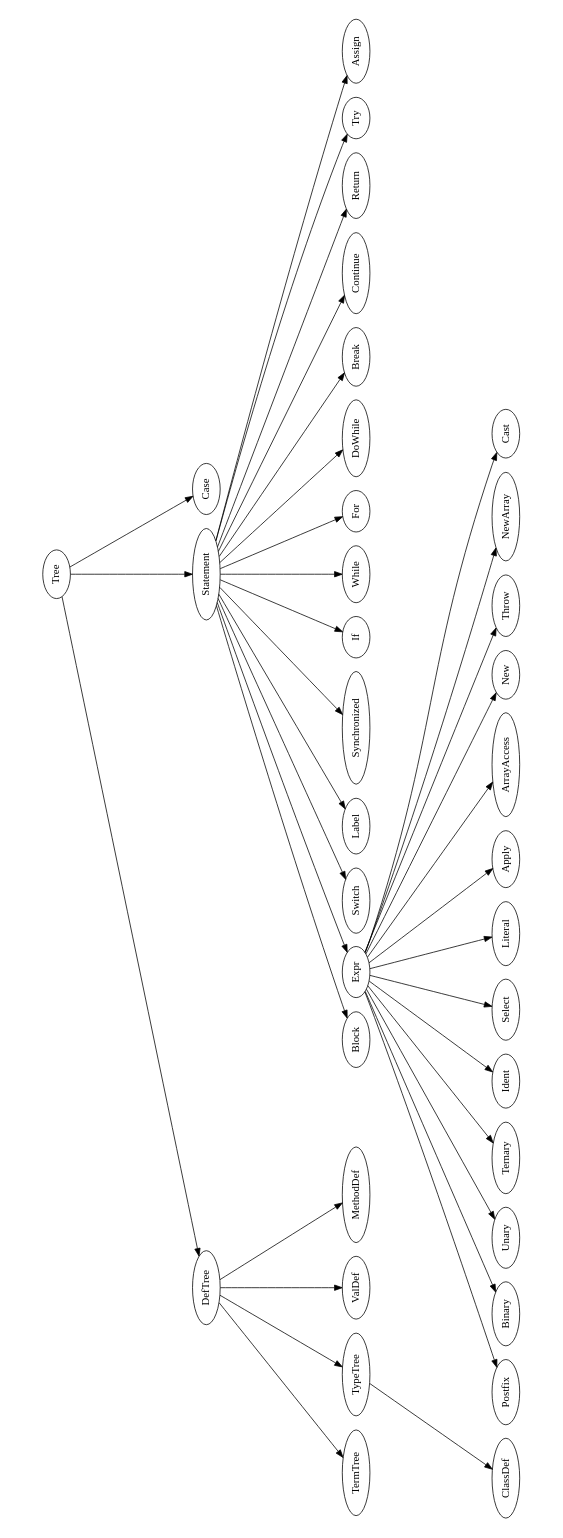
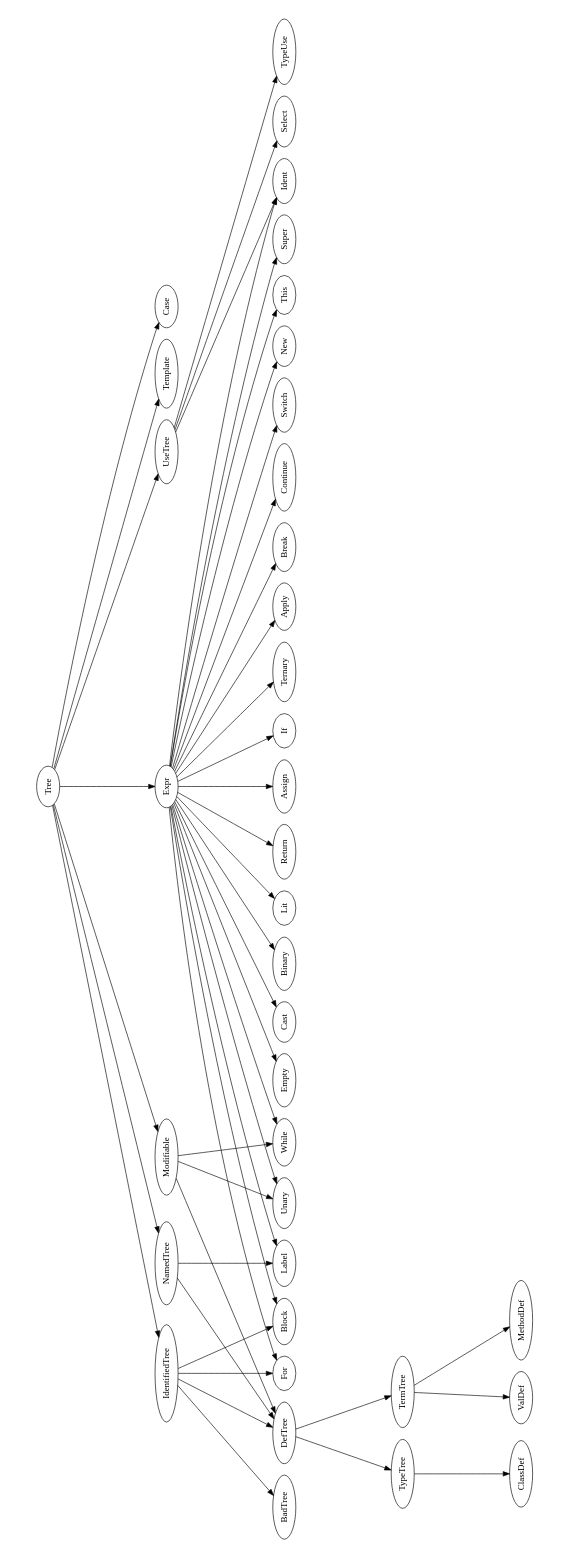
The diagram in javaast.dot (amanjpro/sana), drawn with Graphviz before and after one commit.

Commit message:
Make the AST graph up to date with the source code

```diff
--- a/javaast.dot
+++ b/javaast.dot
@@ -1,91 +1,79 @@
 strict digraph JavaAST {
   size="10.0,3.5";
   orientation="landscape";
   ratio=fill;
-  /*
-
-    -- DefTree
-    TermTree, TypeTree
-    -- TypeTree
-    class, interface
-
-    -- TermTree 
-    filed, variable, param, 
-    method, constructor 
-
-
-    -- Statement
-    switch, if, while, for, do-while, case, break
-    block
-    try-catch
-    assignment
-
-
-
-    -- Expr
-    postfix, ternary, unary, binary
-    literals
-    cast
-    new, ident
-    method call, select
-    new array, array access 
-
-
-    
-    -- Alone
-    return
-  */
-  Tree -> DefTree;
-  Tree -> Statement;
+  
+  Tree -> IdentifiedTree;
+  Tree -> NamedTree;
+  Tree -> Modifiable;
+  Tree -> Expr;
+  Tree -> UseTree;
+  Tree -> Template;
   Tree -> Case;
 
 
   subgraph {
+    Modifiable -> DefTree;
+    Modifiable -> While;
+    Modifiable -> Unary;
+  }
+
+  subgraph {
+    IdentifiedTree -> DefTree;
+    IdentifiedTree -> BadTree;
+    IdentifiedTree -> Block;
+    IdentifiedTree -> For;
+  }
+
+  subgraph {
+    NamedTree -> DefTree;
+    NamedTree -> Label;
+  }
+
+
+  subgraph {
+    DefTree -> TypeTree;
     DefTree -> TermTree;
-    DefTree -> TypeTree;
   }
 
   subgraph {
     TypeTree -> ClassDef;
   }
-  
+
   subgraph {
-    DefTree -> ValDef;
-    DefTree -> MethodDef;
+    TermTree -> MethodDef;
+    TermTree -> ValDef;
   }
 
+
   subgraph {
-    Statement -> Block;
-    Statement -> Expr;
-    Statement -> Switch;
-    Statement -> Label;
-    Statement -> Synchronized;
-    Statement -> If;
-    Statement -> While;
-    Statement -> For;
-    Statement -> DoWhile;
-    Statement -> Break;
-    Statement -> Continue;
-    Statement -> Return;
-    Statement -> Try;
-    Statement -> Assign;
+    Expr -> Empty;
+    Expr -> Ident;
+    Expr -> Cast;
+    Expr -> Binary;
+    Expr -> Unary;
+    Expr -> Lit;
+    Expr -> Return;
+    Expr -> Block;
+    Expr -> Assign;
+    Expr -> If;
+    Expr -> While;
+    Expr -> For;
+    Expr -> Ternary;
+    Expr -> Apply;
+    Expr -> Label;
+    Expr -> Break;
+    Expr -> Continue;
+    Expr -> Switch;
+    Expr -> New;
+    Expr -> This;
+    Expr -> Super;
   }
 
+
   subgraph {
-    Expr -> Postfix;
-    Expr -> Binary;
-    Expr -> Unary;
-    Expr -> Ternary;
-    Expr -> Ident;
-    Expr -> Select;
-    Expr -> Literal;
-    Expr -> Apply;
-    Expr -> ArrayAccess;
-    Expr -> New;
-    Expr -> Throw;
-    Expr -> NewArray;
-    Expr -> Cast;
+    UseTree -> TypeUse;
+    UseTree -> Ident;
+    UseTree -> Select;
   }
-  
-
 }
```
